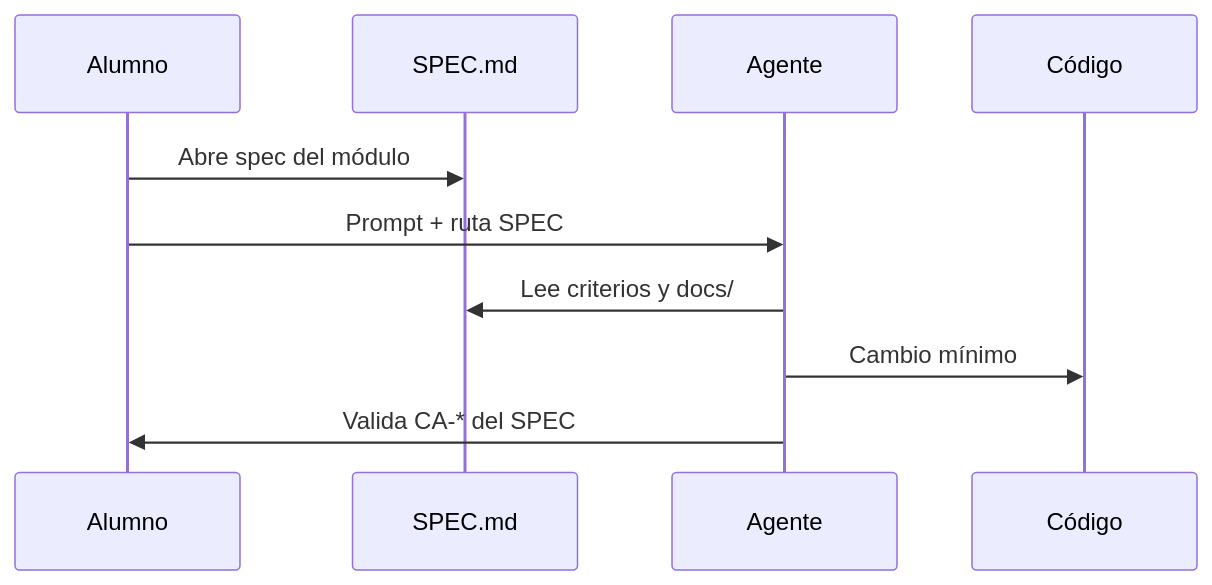
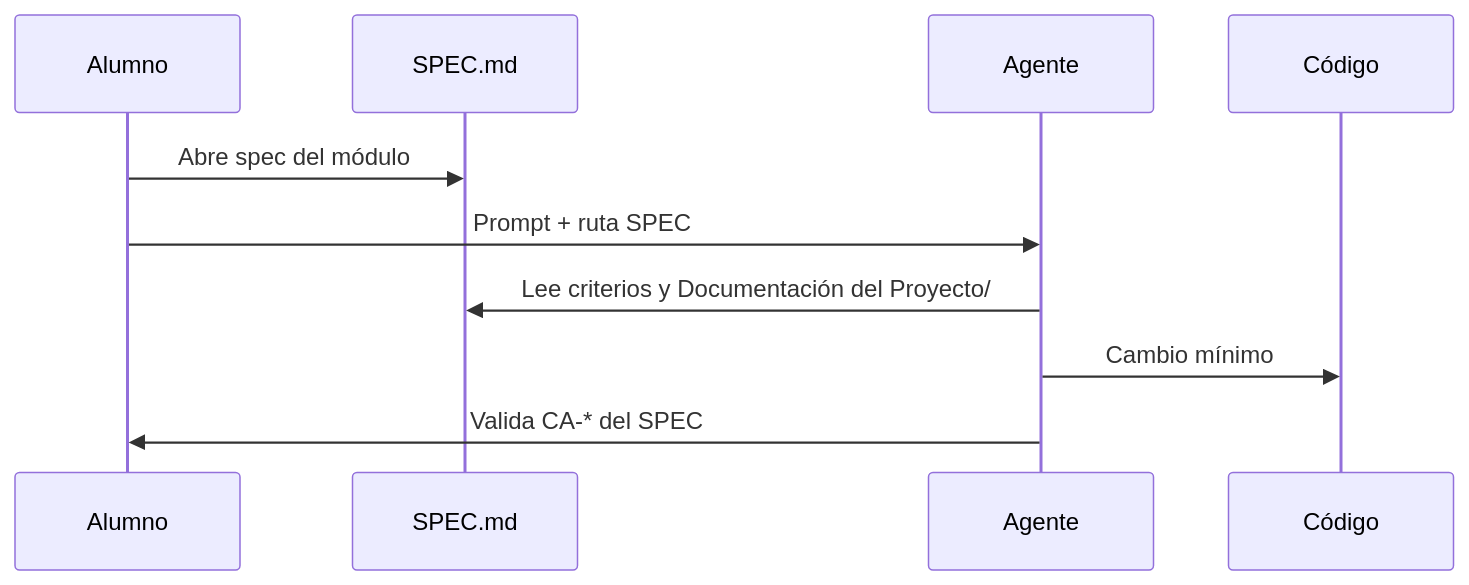
One commit to winbugsmx/ShopDemo changed the diagram in spec-driven/IMPLEMENTACION-SPEC-DRIVEN-DEVELOPMENT.md. Above: the diagram before and after it, drawn with Mermaid. The commit also changed other lines of this file and 1115 other files, not shown here.

First line of the commit message:
Se reorganiza la estructura del proyecto del curso

````diff
--- a/spec-driven/IMPLEMENTACION-SPEC-DRIVEN-DEVELOPMENT.md
+++ b/spec-driven/IMPLEMENTACION-SPEC-DRIVEN-DEVELOPMENT.md
@@ -158,13 +158,13 @@
 ```mermaid
 sequenceDiagram
     participant U as Alumno
     participant S as SPEC.md
     participant A as Agente
     participant C as Código
 
     U->>S: Abre spec del módulo
     U->>A: Prompt + ruta SPEC
-    A->>S: Lee criterios y docs/
+    A->>S: Lee criterios y Documentación del Proyecto/
     A->>C: Cambio mínimo
     A->>U: Valida CA-* del SPEC
 ```
````
